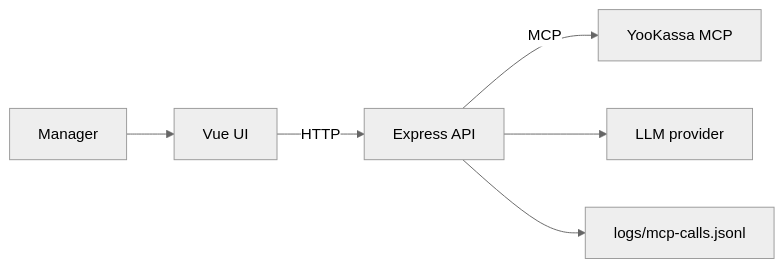
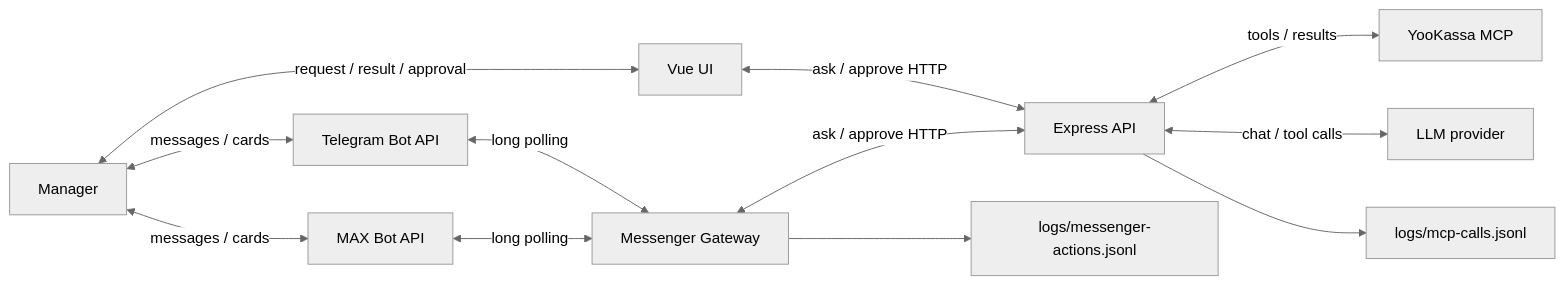
Before and after one commit to alekstar79/ykassa-mcp-integrator: the diagram in README.en.md, drawn with Mermaid (neutral theme). The commit also changed other lines of this file and 10 other files, not shown here.

First line of the commit message:
docs: align architecture and product guidance

````diff
--- a/README.en.md
+++ b/README.en.md
@@ -100,8 +103,14 @@
 ```mermaid
 flowchart LR
-    Manager[Manager] --> UI[Vue UI]
-    UI -->|HTTP| API[Express API]
-    API -->|MCP| YooKassa[YooKassa MCP]
-    API --> LLM[LLM provider]
+    Manager[Manager] <-->|request / result / approval| UI[Vue UI]
+    UI <-->|ask / approve HTTP| API[Express API]
+    Manager <-->|messages / cards| Telegram[Telegram Bot API]
+    Telegram <-->|long polling| Messenger[Messenger Gateway]
+    Manager <-->|messages / cards| MAX[MAX Bot API]
+    MAX <-->|long polling| Messenger
+    Messenger <-->|ask / approve HTTP| API
+    API <-->|tools / results| YooKassa[YooKassa MCP]
+    API <-->|chat / tool calls| LLM[LLM provider]
     API --> Audit["logs/mcp-calls.jsonl"]
+    Messenger --> MessengerAudit["logs/messenger-actions.jsonl"]
 ```
````
